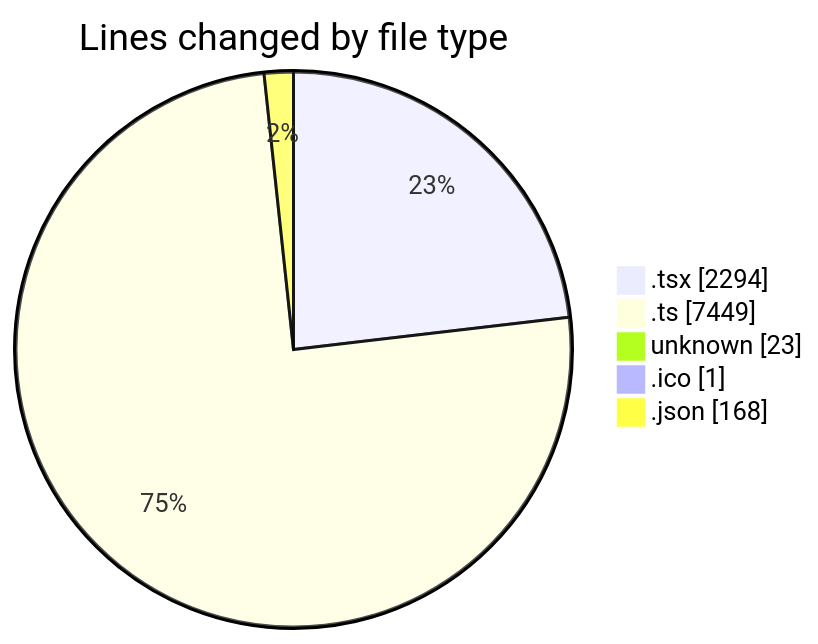
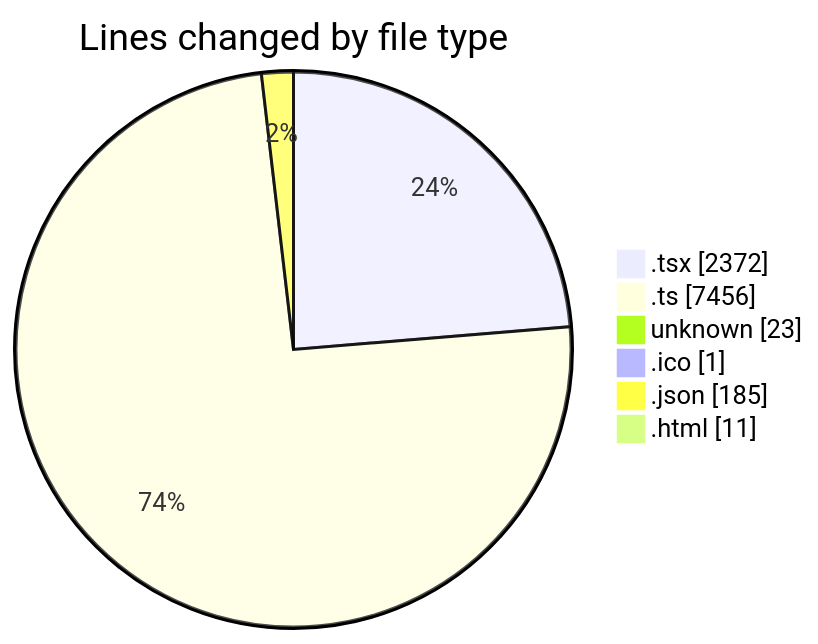
Before and after one commit to JenPaints/code-tracking: the first of 2 diagrams in 2025-06-20/modeljsondesigner/README.md, drawn with Mermaid. The commit also changed other lines of this file and 1 other file, not shown here.

````diff
--- a/2025-06-20/modeljsondesigner/README.md
+++ b/2025-06-20/modeljsondesigner/README.md
@@ -31,9 +33,10 @@
 ```mermaid
 pie showData
 title Lines changed by file type
-".tsx" : 2294
-".ts" : 7449
+".tsx" : 2372
+".ts" : 7456
 "unknown" : 23
 ".ico" : 1
-".json" : 168
+".json" : 185
+".html" : 11
 ```
````
